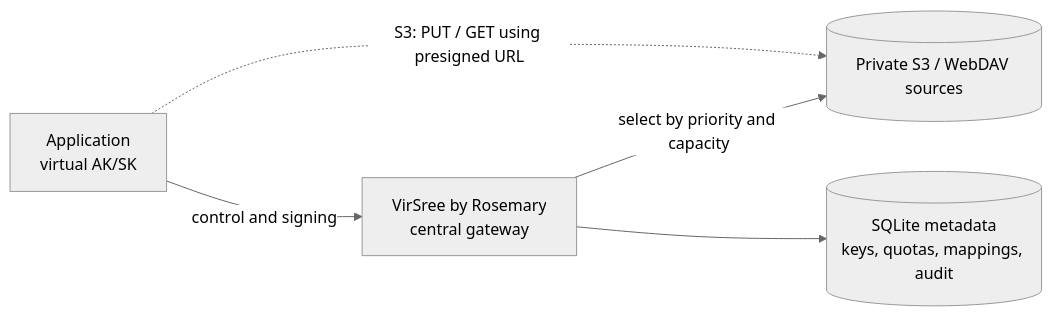
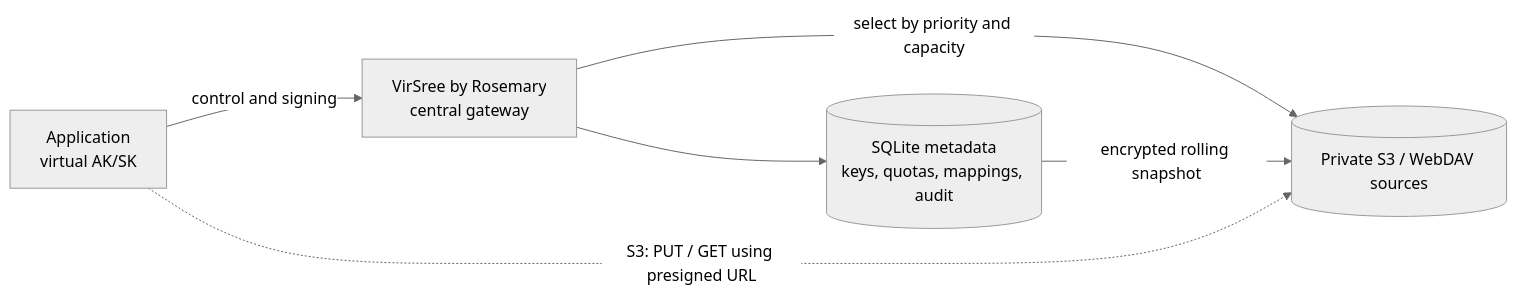
The diagram in README.md (Foodie05/rosemary-virsree), drawn with Mermaid (neutral theme) before and after one commit. The commit also changed other lines of this file and 23 other files, not shown here.

````diff
--- a/README.md
+++ b/README.md
@@ -19,7 +19,8 @@
 ```mermaid
 flowchart LR
   A[Application\nvirtual AK/SK] -->|control and signing| G[VirSree by Rosemary\ncentral gateway]
   G -->|select by priority and capacity| S[(Private S3 / WebDAV sources)]
   A -.->|S3: PUT / GET using presigned URL| S
   G --> M[(SQLite metadata\nkeys, quotas, mappings, audit)]
+  M -->|encrypted rolling snapshot| S
 ```
````
